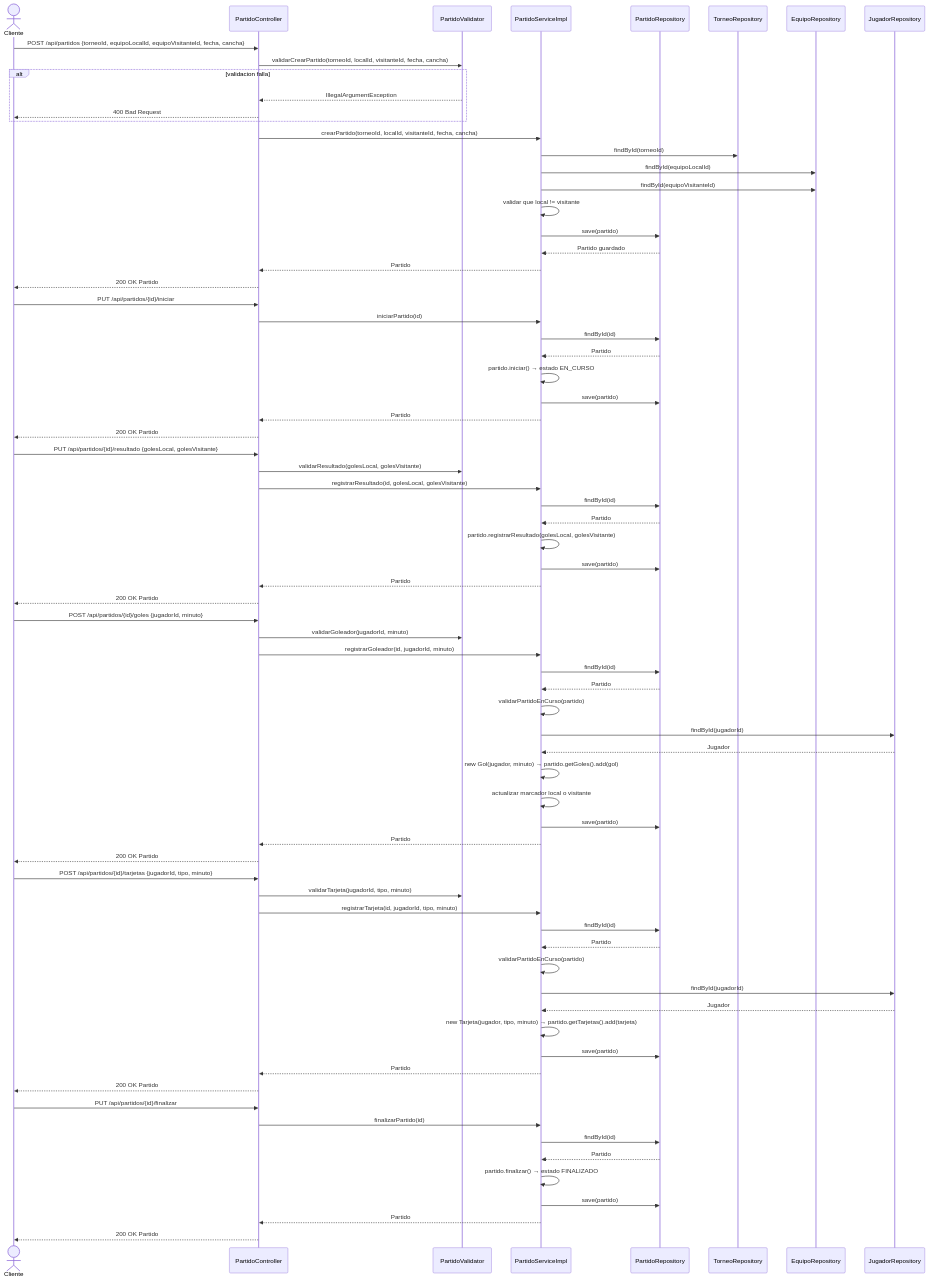
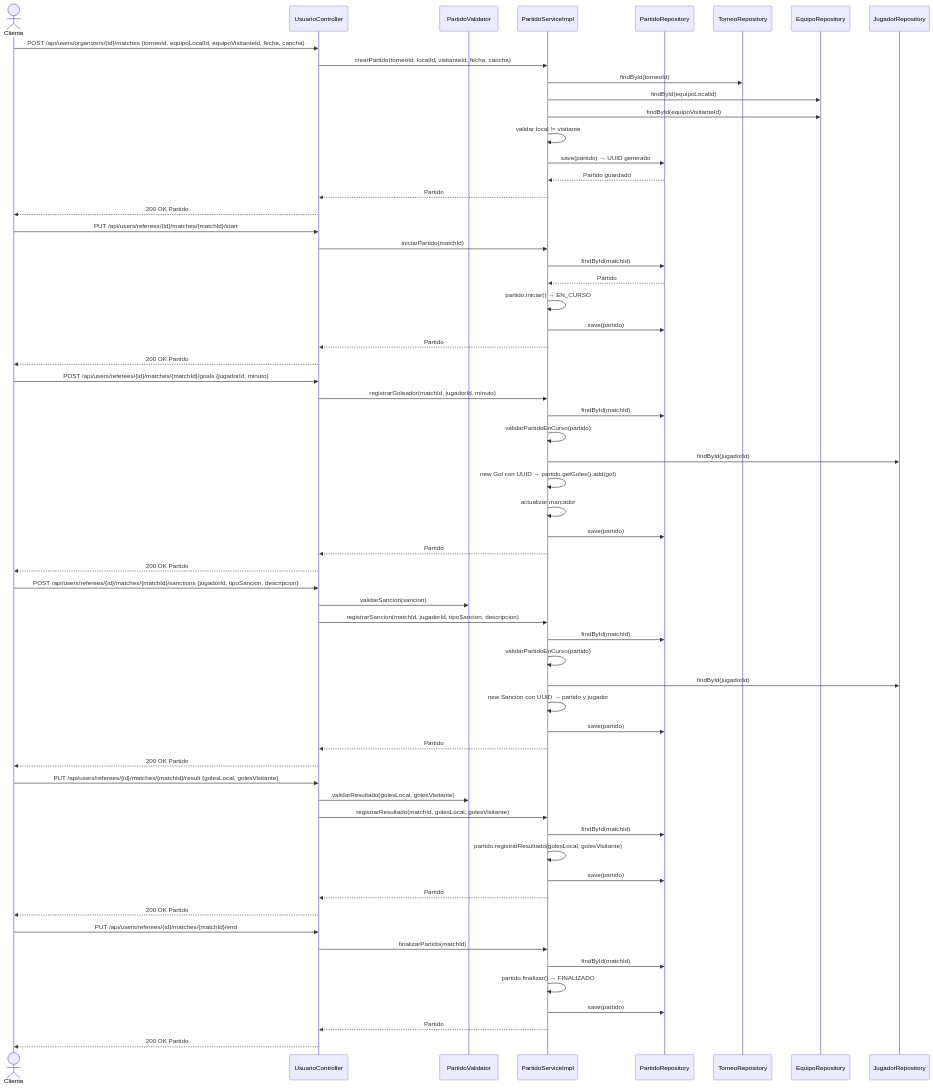
One commit to nglsz006/SFC_techcup-futbol changed the diagram in docs/uml/diagramas-secuencia/06-partidos.md. Above: the diagram before and after it, drawn with Mermaid. The commit also changed 22 other files, not shown here.

Commit message:
feat: UUID migration, OAuth2 fix, updated Mermaid diagrams and README Sprint 4

````diff
--- a/docs/uml/diagramas-secuencia/06-partidos.md
+++ b/docs/uml/diagramas-secuencia/06-partidos.md
@@ -3,7 +3,7 @@
 ```mermaid
 sequenceDiagram
     actor Cliente
-    participant PartidoController
+    participant UsuarioController
     participant PartidoValidator
     participant PartidoServiceImpl
     participant PartidoRepository
@@ -12,79 +12,67 @@
     participant JugadorRepository
 
     %% Crear partido
-    Cliente->>PartidoController: POST /api/partidos {torneoId, equipoLocalId, equipoVisitanteId, fecha, cancha}
-    PartidoController->>PartidoValidator: validarCrearPartido(torneoId, localId, visitanteId, fecha, cancha)
-    alt validacion falla
-        PartidoValidator-->>PartidoController: IllegalArgumentException
-        PartidoController-->>Cliente: 400 Bad Request
-    end
-    PartidoController->>PartidoServiceImpl: crearPartido(torneoId, localId, visitanteId, fecha, cancha)
+    Cliente->>UsuarioController: POST /api/users/organizers/{id}/matches {torneoId, equipoLocalId, equipoVisitanteId, fecha, cancha}
+    UsuarioController->>PartidoServiceImpl: crearPartido(torneoId, localId, visitanteId, fecha, cancha)
     PartidoServiceImpl->>TorneoRepository: findById(torneoId)
     PartidoServiceImpl->>EquipoRepository: findById(equipoLocalId)
     PartidoServiceImpl->>EquipoRepository: findById(equipoVisitanteId)
-    PartidoServiceImpl->>PartidoServiceImpl: validar que local != visitante
-    PartidoServiceImpl->>PartidoRepository: save(partido)
+    PartidoServiceImpl->>PartidoServiceImpl: validar local != visitante
+    PartidoServiceImpl->>PartidoRepository: save(partido) → UUID generado
     PartidoRepository-->>PartidoServiceImpl: Partido guardado
-    PartidoServiceImpl-->>PartidoController: Partido
-    PartidoController-->>Cliente: 200 OK Partido
+    PartidoServiceImpl-->>UsuarioController: Partido
+    UsuarioController-->>Cliente: 200 OK Partido
 
     %% Iniciar partido
-    Cliente->>PartidoController: PUT /api/partidos/{id}/iniciar
-    PartidoController->>PartidoServiceImpl: iniciarPartido(id)
-    PartidoServiceImpl->>PartidoRepository: findById(id)
+    Cliente->>UsuarioController: PUT /api/users/referees/{id}/matches/{matchId}/start
+    UsuarioController->>PartidoServiceImpl: iniciarPartido(matchId)
+    PartidoServiceImpl->>PartidoRepository: findById(matchId)
     PartidoRepository-->>PartidoServiceImpl: Partido
-    PartidoServiceImpl->>PartidoServiceImpl: partido.iniciar() → estado EN_CURSO
+    PartidoServiceImpl->>PartidoServiceImpl: partido.iniciar() → EN_CURSO
     PartidoServiceImpl->>PartidoRepository: save(partido)
-    PartidoServiceImpl-->>PartidoController: Partido
-    PartidoController-->>Cliente: 200 OK Partido
+    PartidoServiceImpl-->>UsuarioController: Partido
+    UsuarioController-->>Cliente: 200 OK Partido
+
+    %% Registrar goleador
+    Cliente->>UsuarioController: POST /api/users/referees/{id}/matches/{matchId}/goals {jugadorId, minuto}
+    UsuarioController->>PartidoServiceImpl: registrarGoleador(matchId, jugadorId, minuto)
+    PartidoServiceImpl->>PartidoRepository: findById(matchId)
+    PartidoServiceImpl->>PartidoServiceImpl: validarPartidoEnCurso(partido)
+    PartidoServiceImpl->>JugadorRepository: findById(jugadorId)
+    PartidoServiceImpl->>PartidoServiceImpl: new Gol con UUID → partido.getGoles().add(gol)
+    PartidoServiceImpl->>PartidoServiceImpl: actualizar marcador
+    PartidoServiceImpl->>PartidoRepository: save(partido)
+    PartidoServiceImpl-->>UsuarioController: Partido
+    UsuarioController-->>Cliente: 200 OK Partido
+
+    %% Registrar sancion
+    Cliente->>UsuarioController: POST /api/users/referees/{id}/matches/{matchId}/sanctions {jugadorId, tipoSancion, descripcion}
+    UsuarioController->>PartidoValidator: validarSancion(sancion)
+    UsuarioController->>PartidoServiceImpl: registrarSancion(matchId, jugadorId, tipoSancion, descripcion)
+    PartidoServiceImpl->>PartidoRepository: findById(matchId)
+    PartidoServiceImpl->>PartidoServiceImpl: validarPartidoEnCurso(partido)
+    PartidoServiceImpl->>JugadorRepository: findById(jugadorId)
+    PartidoServiceImpl->>PartidoServiceImpl: new Sancion con UUID → partido y jugador
+    PartidoServiceImpl->>PartidoRepository: save(partido)
+    PartidoServiceImpl-->>UsuarioController: Partido
+    UsuarioController-->>Cliente: 200 OK Partido
 
     %% Registrar resultado
-    Cliente->>PartidoController: PUT /api/partidos/{id}/resultado {golesLocal, golesVisitante}
-    PartidoController->>PartidoValidator: validarResultado(golesLocal, golesVisitante)
-    PartidoController->>PartidoServiceImpl: registrarResultado(id, golesLocal, golesVisitante)
-    PartidoServiceImpl->>PartidoRepository: findById(id)
-    PartidoRepository-->>PartidoServiceImpl: Partido
+    Cliente->>UsuarioController: PUT /api/users/referees/{id}/matches/{matchId}/result {golesLocal, golesVisitante}
+    UsuarioController->>PartidoValidator: validarResultado(golesLocal, golesVisitante)
+    UsuarioController->>PartidoServiceImpl: registrarResultado(matchId, golesLocal, golesVisitante)
+    PartidoServiceImpl->>PartidoRepository: findById(matchId)
     PartidoServiceImpl->>PartidoServiceImpl: partido.registrarResultado(golesLocal, golesVisitante)
     PartidoServiceImpl->>PartidoRepository: save(partido)
-    PartidoServiceImpl-->>PartidoController: Partido
-    PartidoController-->>Cliente: 200 OK Partido
-
-    %% Registrar goleador
-    Cliente->>PartidoController: POST /api/partidos/{id}/goles {jugadorId, minuto}
-    PartidoController->>PartidoValidator: validarGoleador(jugadorId, minuto)
-    PartidoController->>PartidoServiceImpl: registrarGoleador(id, jugadorId, minuto)
-    PartidoServiceImpl->>PartidoRepository: findById(id)
-    PartidoRepository-->>PartidoServiceImpl: Partido
-    PartidoServiceImpl->>PartidoServiceImpl: validarPartidoEnCurso(partido)
-    PartidoServiceImpl->>JugadorRepository: findById(jugadorId)
-    JugadorRepository-->>PartidoServiceImpl: Jugador
-    PartidoServiceImpl->>PartidoServiceImpl: new Gol(jugador, minuto) → partido.getGoles().add(gol)
-    PartidoServiceImpl->>PartidoServiceImpl: actualizar marcador local o visitante
-    PartidoServiceImpl->>PartidoRepository: save(partido)
-    PartidoServiceImpl-->>PartidoController: Partido
-    PartidoController-->>Cliente: 200 OK Partido
-
-    %% Registrar tarjeta
-    Cliente->>PartidoController: POST /api/partidos/{id}/tarjetas {jugadorId, tipo, minuto}
-    PartidoController->>PartidoValidator: validarTarjeta(jugadorId, tipo, minuto)
-    PartidoController->>PartidoServiceImpl: registrarTarjeta(id, jugadorId, tipo, minuto)
-    PartidoServiceImpl->>PartidoRepository: findById(id)
-    PartidoRepository-->>PartidoServiceImpl: Partido
-    PartidoServiceImpl->>PartidoServiceImpl: validarPartidoEnCurso(partido)
-    PartidoServiceImpl->>JugadorRepository: findById(jugadorId)
-    JugadorRepository-->>PartidoServiceImpl: Jugador
-    PartidoServiceImpl->>PartidoServiceImpl: new Tarjeta(jugador, tipo, minuto) → partido.getTarjetas().add(tarjeta)
-    PartidoServiceImpl->>PartidoRepository: save(partido)
-    PartidoServiceImpl-->>PartidoController: Partido
-    PartidoController-->>Cliente: 200 OK Partido
+    PartidoServiceImpl-->>UsuarioController: Partido
+    UsuarioController-->>Cliente: 200 OK Partido
 
     %% Finalizar partido
-    Cliente->>PartidoController: PUT /api/partidos/{id}/finalizar
-    PartidoController->>PartidoServiceImpl: finalizarPartido(id)
-    PartidoServiceImpl->>PartidoRepository: findById(id)
-    PartidoRepository-->>PartidoServiceImpl: Partido
-    PartidoServiceImpl->>PartidoServiceImpl: partido.finalizar() → estado FINALIZADO
+    Cliente->>UsuarioController: PUT /api/users/referees/{id}/matches/{matchId}/end
+    UsuarioController->>PartidoServiceImpl: finalizarPartido(matchId)
+    PartidoServiceImpl->>PartidoRepository: findById(matchId)
+    PartidoServiceImpl->>PartidoServiceImpl: partido.finalizar() → FINALIZADO
     PartidoServiceImpl->>PartidoRepository: save(partido)
-    PartidoServiceImpl-->>PartidoController: Partido
-    PartidoController-->>Cliente: 200 OK Partido
+    PartidoServiceImpl-->>UsuarioController: Partido
+    UsuarioController-->>Cliente: 200 OK Partido
 ```
````
